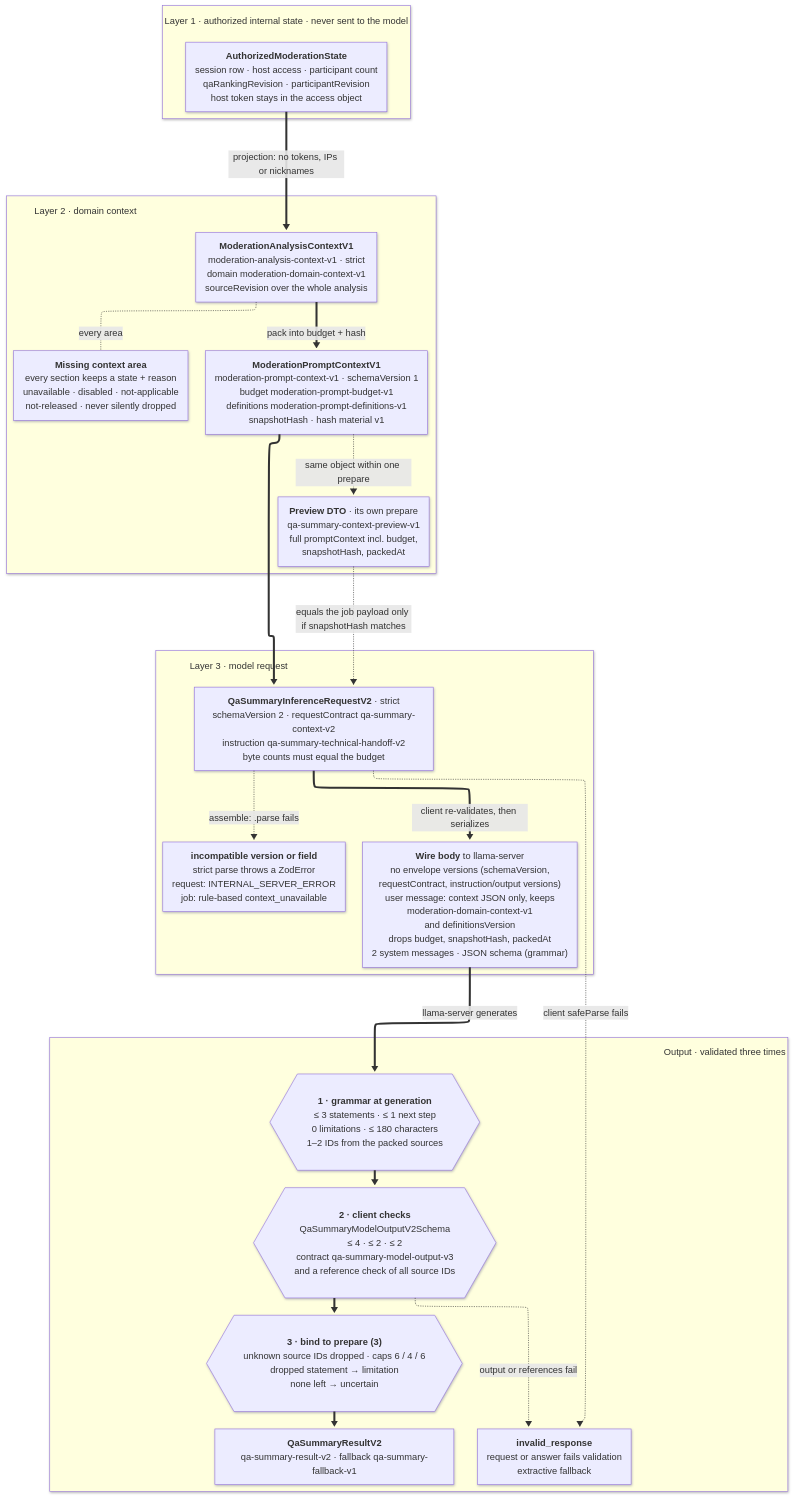
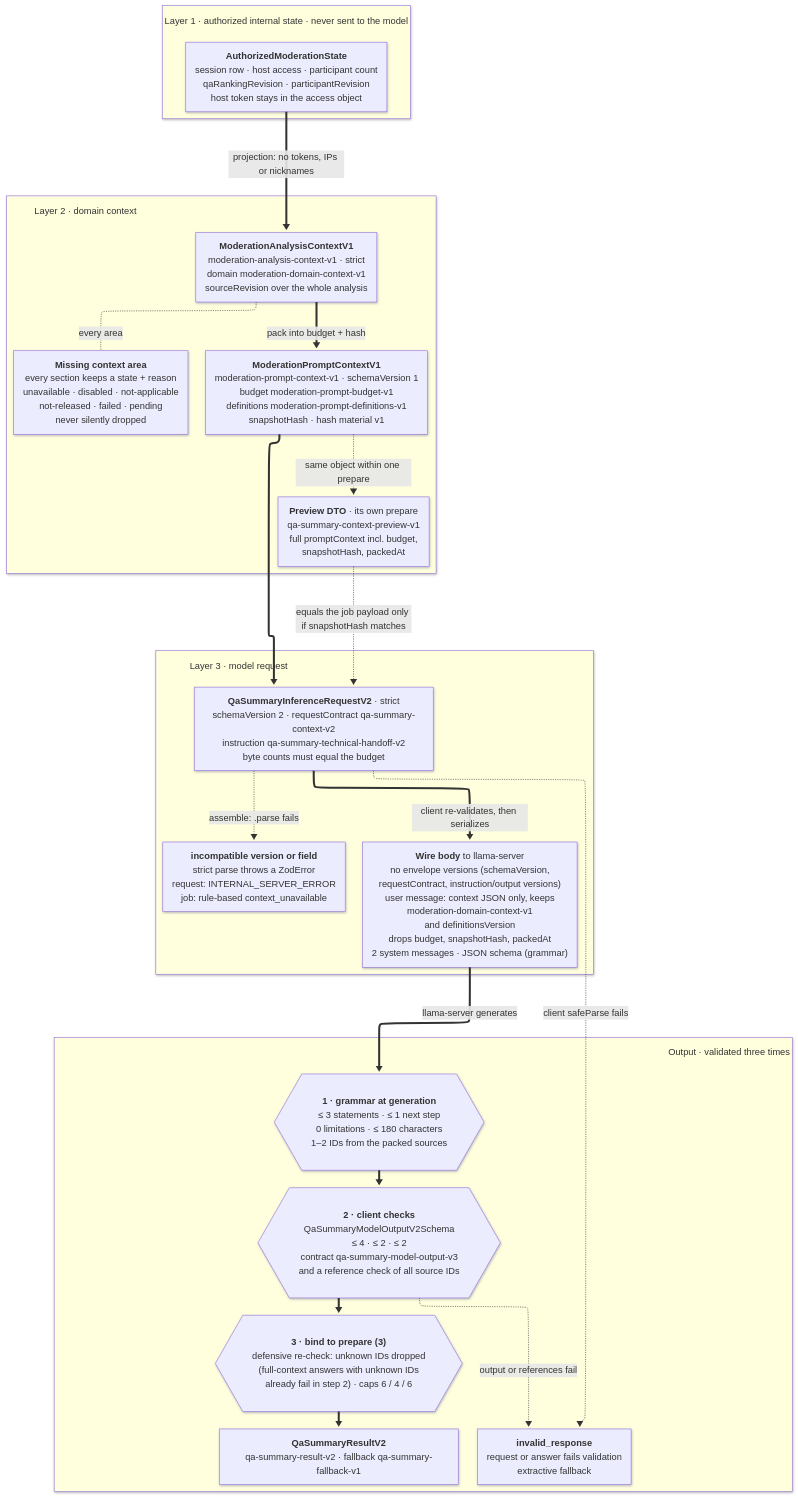
Before and after one commit to NiklasSkulll/arsnova.eu: the diagram in docs/referat-thema-1/diagrams/1c-contract-layers.mmd, drawn with Mermaid. The commit also changed 12 other files, not shown here.

Commit message:
docs(referat): correct 1C diagrams after targeted review

```diff
--- a/docs/referat-thema-1/diagrams/1c-contract-layers.mmd
+++ b/docs/referat-thema-1/diagrams/1c-contract-layers.mmd
@@ -1,112 +1,113 @@
 ---
 config:
   look: neo
   layout: elk
   flowchart:
     curve: basis
     nodeSpacing: 36
     rankSpacing: 44
     wrappingWidth: 380
     subGraphTitleMargin:
       top: 14
       bottom: 10
 ---
 flowchart TB
   subgraph L1["Layer 1 · authorized internal state · never sent to the model"]
     st["`**AuthorizedModerationState**
     session row · host access · participant count
     qaRankingRevision · participantRevision
     host token stays in the access object`"]
   end
 
   subgraph L2["Layer 2 · domain context⠀⠀⠀⠀⠀⠀⠀⠀⠀⠀⠀⠀⠀⠀⠀⠀⠀⠀⠀⠀⠀⠀⠀⠀⠀⠀⠀⠀⠀⠀⠀⠀⠀⠀⠀⠀⠀⠀⠀⠀"]
     ana["`**ModerationAnalysisContextV1**
     moderation-analysis-context-v1 · strict
     domain moderation-domain-context-v1
     sourceRevision over the whole analysis`"]
     pc["`**ModerationPromptContextV1**
     moderation-prompt-context-v1 · schemaVersion 1
     budget moderation-prompt-budget-v1
     definitions moderation-prompt-definitions-v1
     snapshotHash · hash material v1`"]
     miss["`**Missing context area**
     every section keeps a state + reason
     unavailable · disabled · not-applicable
-    not-released · never silently dropped`"]
+    not-released · failed · pending
+    never silently dropped`"]
     pvw["`**Preview DTO** · its own prepare
     qa-summary-context-preview-v1
     full promptContext incl. budget,
     snapshotHash, packedAt`"]
   end
 
   subgraph L3["Layer 3 · model request⠀⠀⠀⠀⠀⠀⠀⠀⠀⠀⠀⠀⠀⠀⠀⠀⠀⠀⠀⠀⠀⠀⠀⠀⠀⠀⠀⠀⠀⠀⠀⠀⠀⠀⠀⠀⠀⠀⠀⠀"]
     req["`**QaSummaryInferenceRequestV2** · strict
     schemaVersion 2 · requestContract qa-summary-context-v2
     instruction qa-summary-technical-handoff-v2
     byte counts must equal the budget`"]
     wire["`**Wire body** to llama-server
     no envelope versions (schemaVersion,
     requestContract, instruction/output versions)
     user message: context JSON only, keeps
     moderation-domain-context-v1
     and definitionsVersion
     drops budget, snapshotHash, packedAt
     2 system messages · JSON schema (grammar)`"]
     n1["`**incompatible version or field**
     strict parse throws a ZodError
     request: INTERNAL_SERVER_ERROR
     job: rule-based context_unavailable`"]
   end
 
   subgraph L4["⠀⠀⠀⠀⠀⠀⠀⠀⠀⠀⠀⠀⠀⠀⠀⠀⠀⠀⠀⠀⠀⠀⠀⠀⠀⠀⠀⠀⠀⠀⠀⠀⠀⠀⠀⠀⠀⠀⠀⠀⠀⠀⠀⠀⠀⠀⠀⠀⠀⠀⠀⠀⠀⠀⠀⠀⠀⠀⠀⠀⠀⠀⠀⠀⠀⠀⠀⠀⠀⠀⠀⠀⠀⠀⠀⠀⠀⠀⠀⠀⠀⠀⠀⠀⠀⠀⠀⠀⠀⠀Output · validated three times"]
     gram{{"`**1 · grammar at generation**
     ≤ 3 statements · ≤ 1 next step
     0 limitations · ≤ 180 characters
     1–2 IDs from the packed sources`"}}
     zod{{"`**2 · client checks**
     QaSummaryModelOutputV2Schema
     ≤ 4 · ≤ 2 · ≤ 2
     contract qa-summary-model-output-v3
     and a reference check of all source IDs`"}}
     bind{{"`**3 · bind to prepare (3)**
-    unknown source IDs dropped · caps 6 / 4 / 6
-    dropped statement → limitation
-    none left → uncertain`"}}
+    defensive re-check: unknown IDs dropped
+    (full-context answers with unknown IDs
+    already fail in step 2) · caps 6 / 4 / 6`"}}
     res["`**QaSummaryResultV2**
     qa-summary-result-v2 · fallback qa-summary-fallback-v1`"]
     n2["`**invalid_response**
     request or answer fails validation
     extractive fallback`"]
   end
 
 
   st e1@==>|"projection: no tokens, IPs or nicknames"| ana
   ana e2@==>|"pack into budget + hash"| pc
   pc e3@-.->|"same object within one prepare"| pvw
   pvw e13@-.->|"equals the job payload only if snapshotHash matches"| req
   ana e14@-.-|"every area"| miss
   pc e4@==> req
   req e5@==>|"client re-validates, then serializes"| wire
   wire e6@==>|"llama-server generates"| gram
   gram e7@==> zod
   zod e8@==> bind
   bind e9@==> res
   req e10@-.->|"assemble: .parse fails"| n1
   req e11@-.->|"client safeParse fails"| n2
   zod e12@-.->|"output or references fail"| n2
 
   class st app
   class ana,pc app
   class pvw,miss app
   class req,wire contract
   class gram,zod,bind decision
   class res result
   class n1,n2 fallback
   class L1 queueGroup
   class L2 appGroup
   class L3 contractGroup
   class L4 appGroup
   class e1,e2,e4,e5,e6,e7,e8,e9 emph
   class e10,e11,e12 fail
   class e3,e13,e14 muted
 %% palette
```
